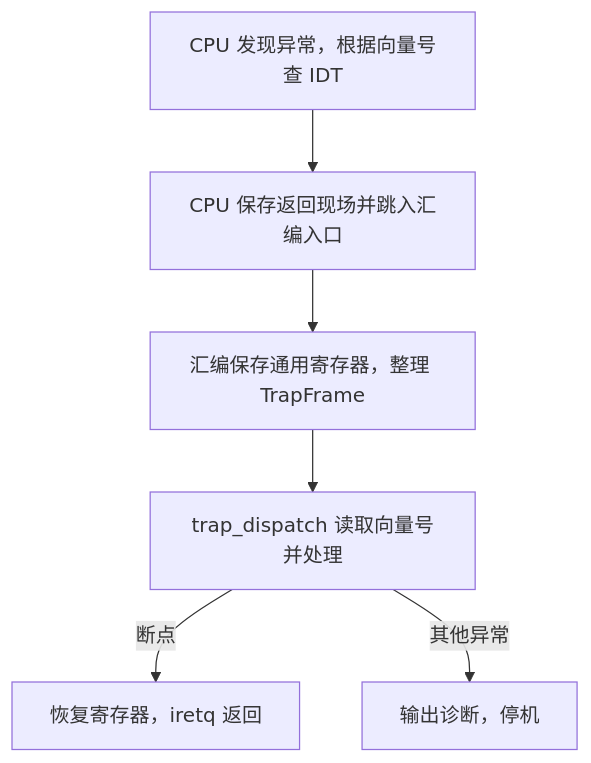
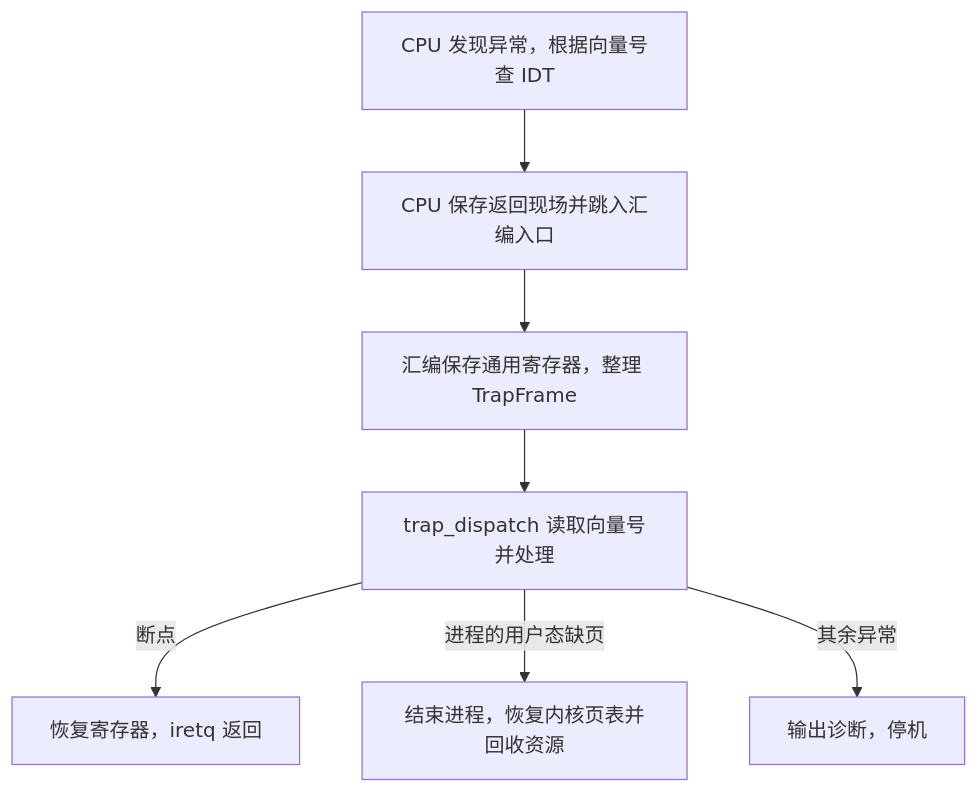
The diagram in docs/architecture/trap.md (NAPH130/SimpleOS), drawn with Mermaid before and after one commit. The commit also changed other lines of this file and 35 other files, not shown here.

````diff
--- a/docs/architecture/trap.md
+++ b/docs/architecture/trap.md
@@ -23,8 +23,9 @@
 ```mermaid
 flowchart TD
     A["CPU 发现异常，根据向量号查 IDT"] --> B["CPU 保存返回现场并跳入汇编入口"]
     B --> C["汇编保存通用寄存器，整理 TrapFrame"]
     C --> D["trap_dispatch 读取向量号并处理"]
     D -->|"断点"| E["恢复寄存器，iretq 返回"]
-    D -->|"其他异常"| F["输出诊断，停机"]
+    D -->|"进程的用户态缺页"| F["结束进程，恢复内核页表并回收资源"]
+    D -->|"其余异常"| G["输出诊断，停机"]
 ```
````
